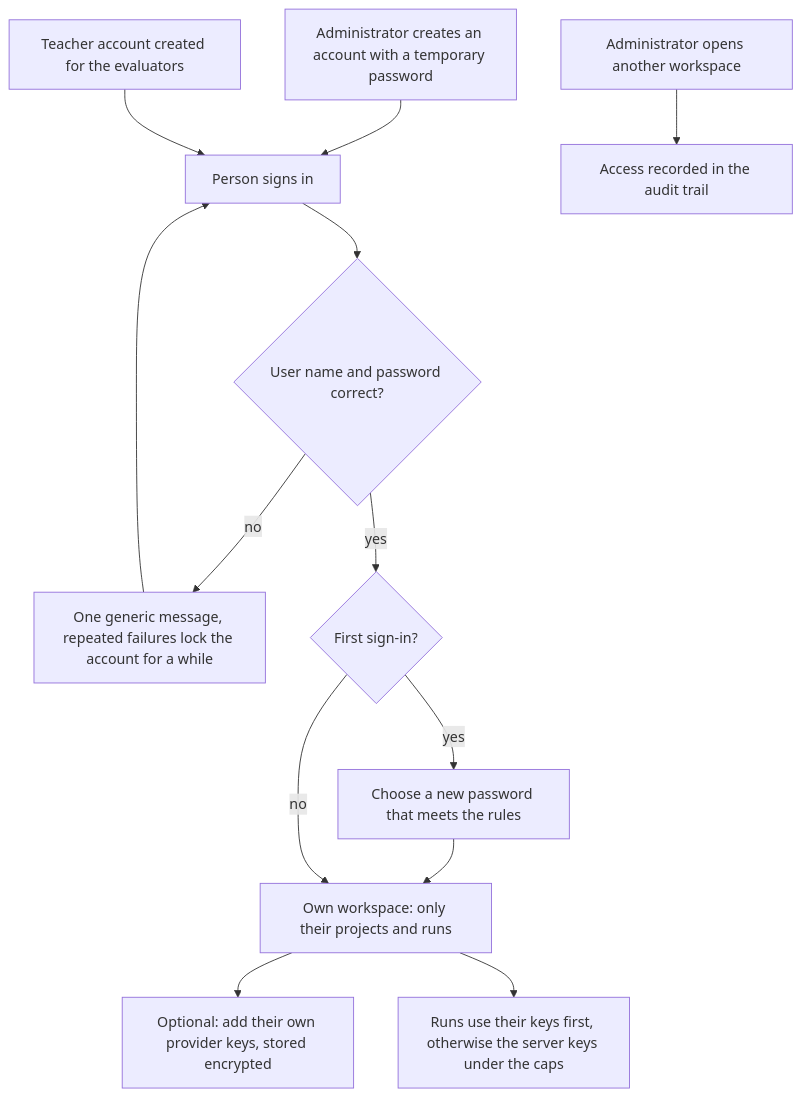
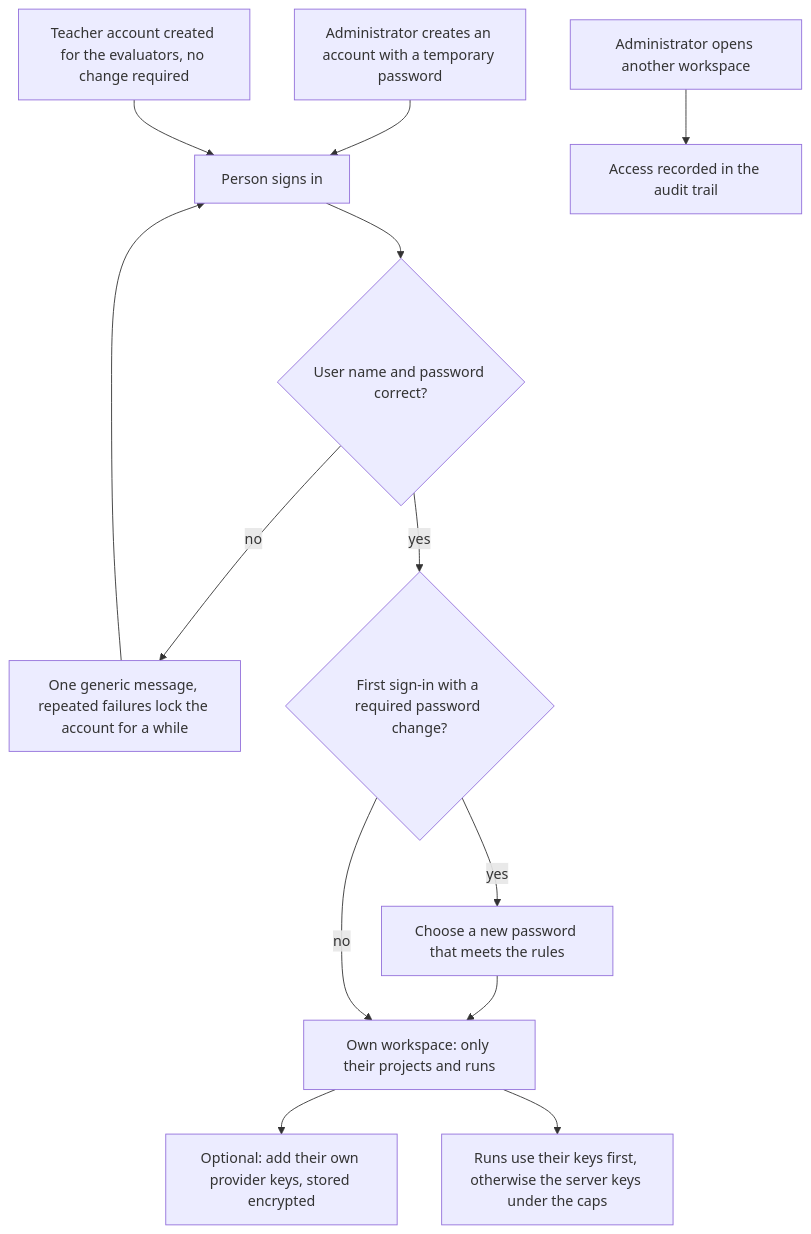
One commit to blacklight0101/Rosetta changed the fifth of 8 diagrams in docs/process-flows.md. Above: the diagram before and after it, drawn with Mermaid. The commit also changed other lines of this file and 33 other files, not shown here.

````diff
--- a/docs/process-flows.md
+++ b/docs/process-flows.md
@@ -128,13 +131,13 @@
 ```mermaid
 flowchart TB
   A[Administrator creates an account with a temporary password] --> B[Person signs in]
   B --> C{User name and password correct?}
   C -->|no| C1[One generic message, repeated failures lock the account for a while] --> B
-  C -->|yes| D{First sign-in?}
+  C -->|yes| D{First sign-in with a required password change?}
   D -->|yes| E[Choose a new password that meets the rules] --> F
   D -->|no| F[Own workspace: only their projects and runs]
   F --> G[Optional: add their own provider keys, stored encrypted]
   F --> H[Runs use their keys first, otherwise the server keys under the caps]
-  I[Teacher account created for the evaluators] --> B
+  I[Teacher account created for the evaluators, no change required] --> B
   J[Administrator opens another workspace] --> K[Access recorded in the audit trail]
 ```
````
